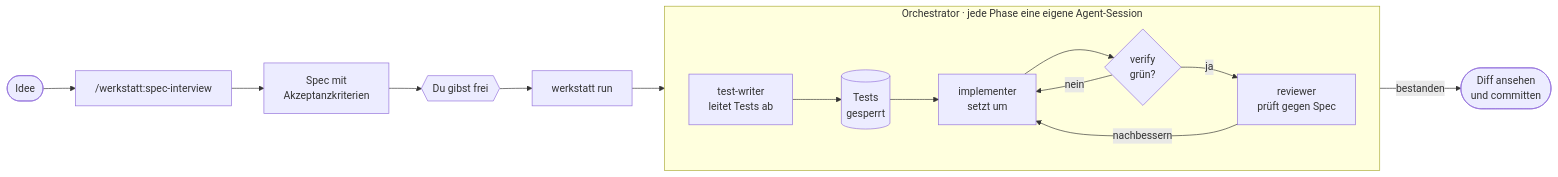
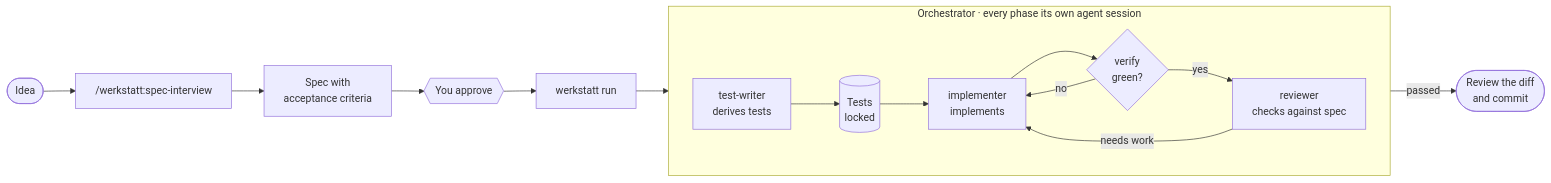
One commit to niklas-enns/werkstatt changed the diagram in README.md. Above: the diagram before and after it, drawn with Mermaid. The commit also changed other lines of this file and 18 other files, not shown here.

````diff
--- a/README.md
+++ b/README.md
@@ -30,20 +32,20 @@
 ```mermaid
 flowchart LR
-    idea([Idee]) --> interview["/werkstatt:spec-interview"]
-    interview --> spec[Spec mit<br/>Akzeptanzkriterien]
-    spec --> release{{Du gibst frei}}
+    idea([Idea]) --> interview["/werkstatt:spec-interview"]
+    interview --> spec[Spec with<br/>acceptance criteria]
+    spec --> release{{You approve}}
     release --> run["werkstatt run"]
 
-    subgraph run_box [Orchestrator · jede Phase eine eigene Agent-Session]
+    subgraph run_box [Orchestrator · every phase its own agent session]
         direction LR
-        tests[test-writer<br/>leitet Tests ab] --> lock[(Tests<br/>gesperrt)]
-        lock --> impl[implementer<br/>setzt um]
-        impl --> verify{verify<br/>grün?}
-        verify -- nein --> impl
-        verify -- ja --> review[reviewer<br/>prüft gegen Spec]
-        review -- nachbessern --> impl
+        tests[test-writer<br/>derives tests] --> lock[(Tests<br/>locked)]
+        lock --> impl[implementer<br/>implements]
+        impl --> verify{verify<br/>green?}
+        verify -- no --> impl
+        verify -- yes --> review[reviewer<br/>checks against spec]
+        review -- needs work --> impl
     end
 
     run --> tests
-    review -- bestanden --> done([Diff ansehen<br/>und committen])
+    review -- passed --> done([Review the diff<br/>and commit])
 ```
````
